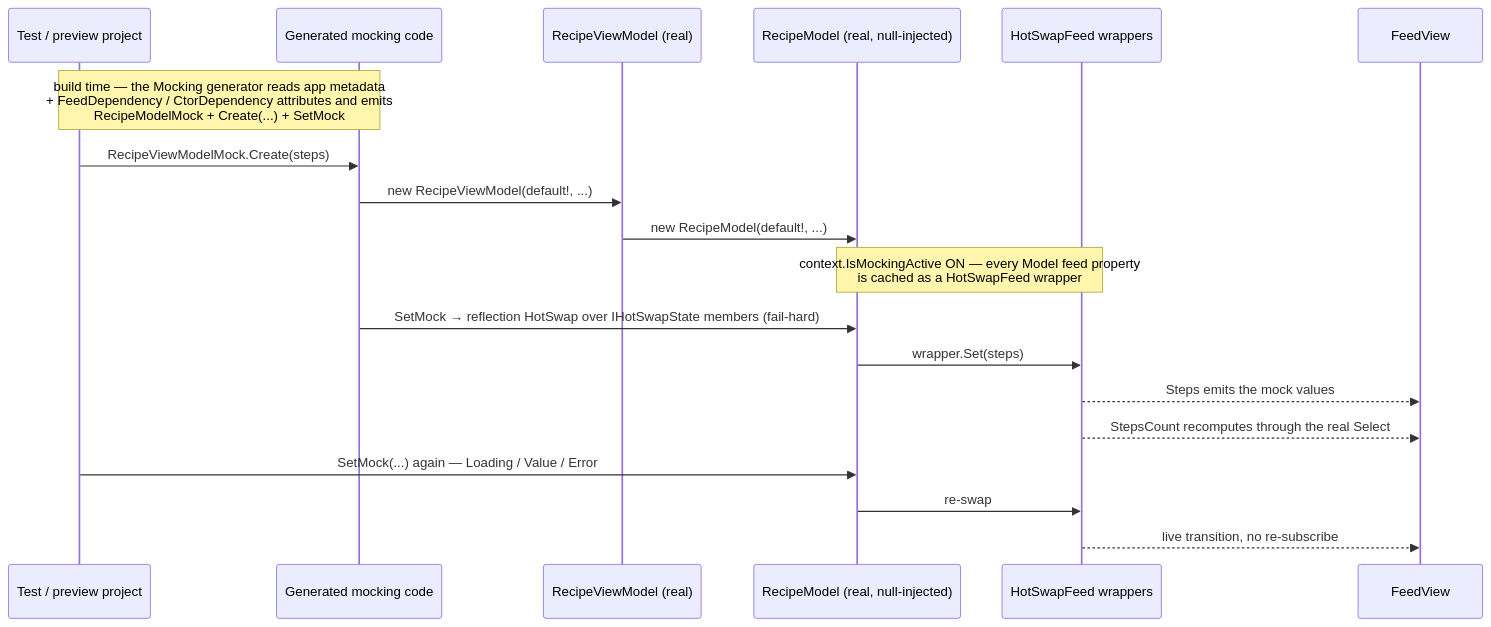
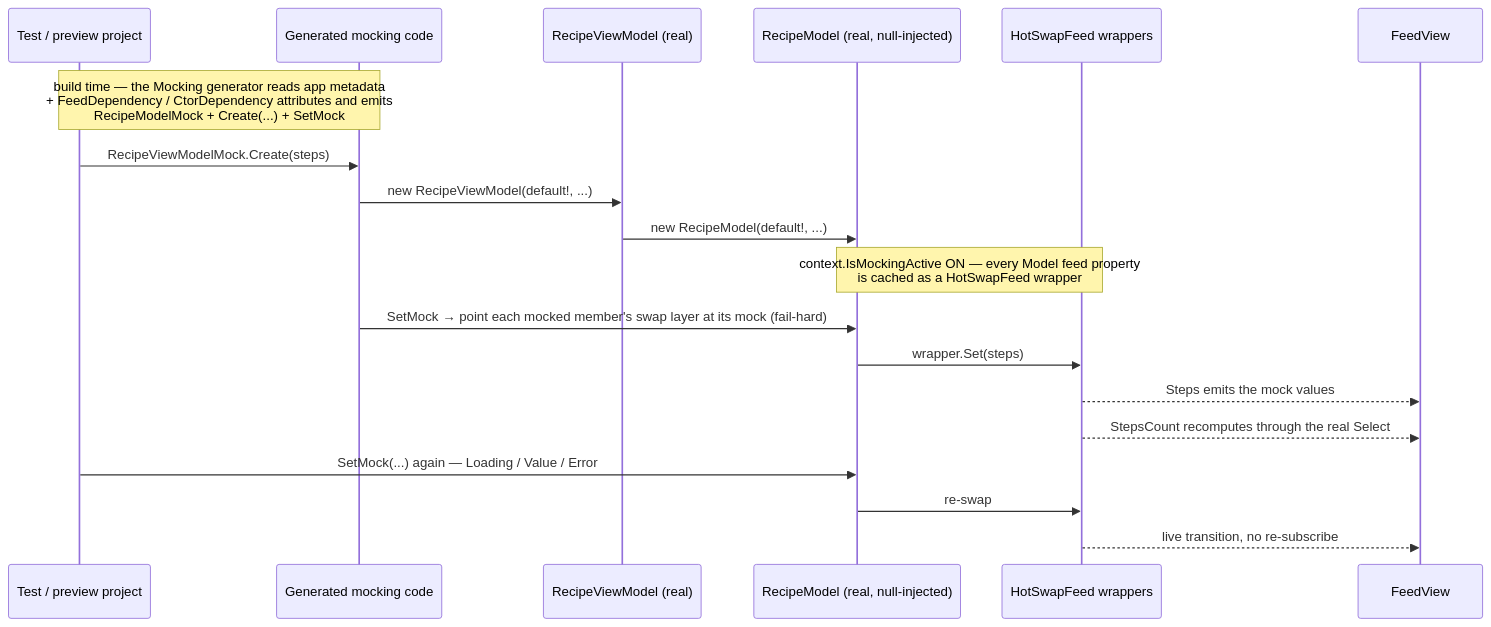
Before and after one commit to unoplatform/uno.extensions: the second of 2 diagrams in specs/013-mvux-mocking-previews/architecture.md, drawn with Mermaid. The commit also changed other lines of this file and 3 other files, not shown here.

First line of the commit message:
docs(specs): describe the swap as one layer that the state and its derivations observe

````diff
--- a/specs/013-mvux-mocking-previews/architecture.md
+++ b/specs/013-mvux-mocking-previews/architecture.md
@@ -221,22 +221,22 @@
 ```mermaid
 sequenceDiagram
     participant T as Test / preview project
     participant MG as Generated mocking code
     participant VM as RecipeViewModel (real)
     participant M as RecipeModel (real, null-injected)
     participant W as HotSwapFeed wrappers
     participant UI as FeedView
 
     Note over T,MG: build time — the Mocking generator reads app metadata<br/>+ FeedDependency / CtorDependency attributes and emits<br/>RecipeModelMock + Create(...) + SetMock
     T->>MG: RecipeViewModelMock.Create(steps)
     MG->>VM: new RecipeViewModel(default!, ...)
     VM->>M: new RecipeModel(default!, ...)
     Note over M,W: context.IsMockingActive ON — every Model feed property<br/>is cached as a HotSwapFeed wrapper
-    MG->>M: SetMock → reflection HotSwap over IHotSwapState members (fail-hard)
+    MG->>M: SetMock → point each mocked member's swap layer at its mock (fail-hard)
     M->>W: wrapper.Set(steps)
     W-->>UI: Steps emits the mock values
     W-->>UI: StepsCount recomputes through the real Select
     T->>M: SetMock(...) again — Loading / Value / Error
     M->>W: re-swap
     W-->>UI: live transition, no re-subscribe
 ```
````
